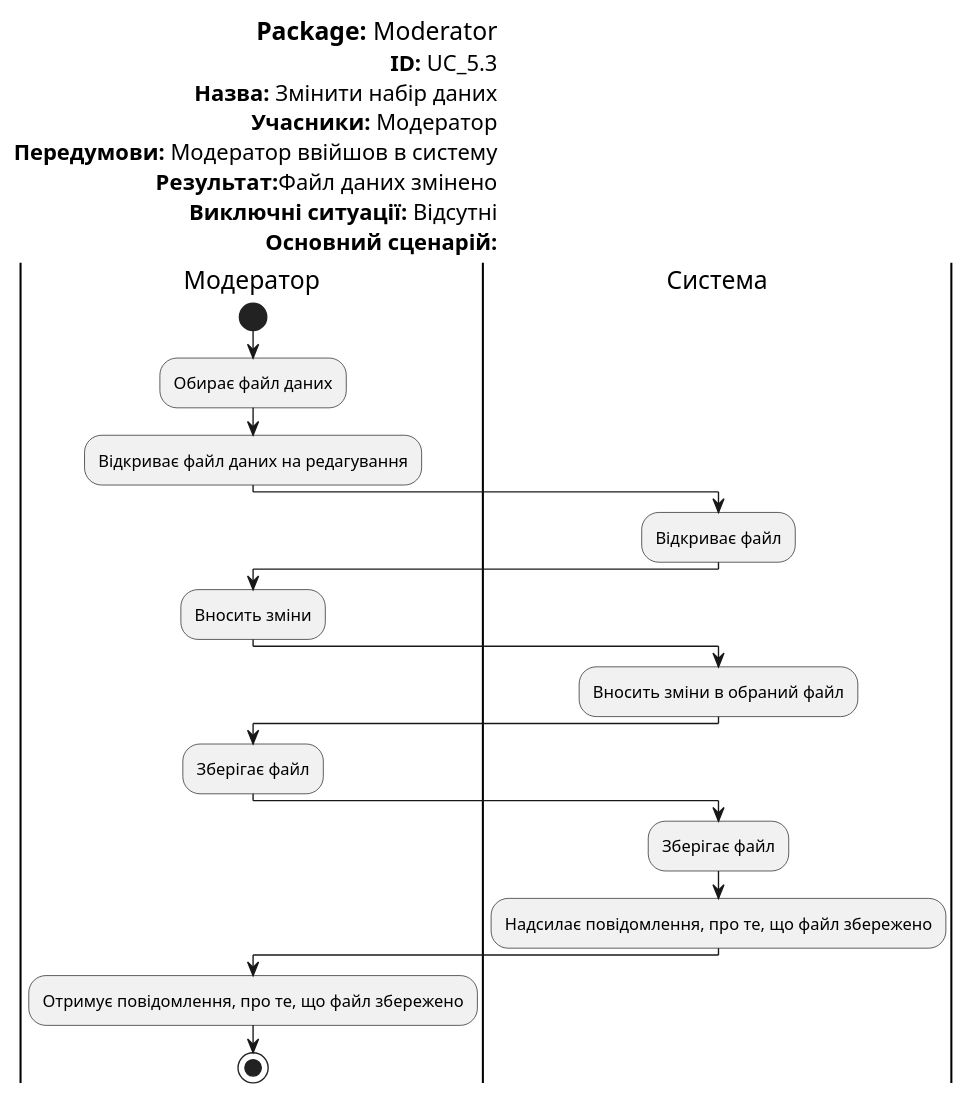
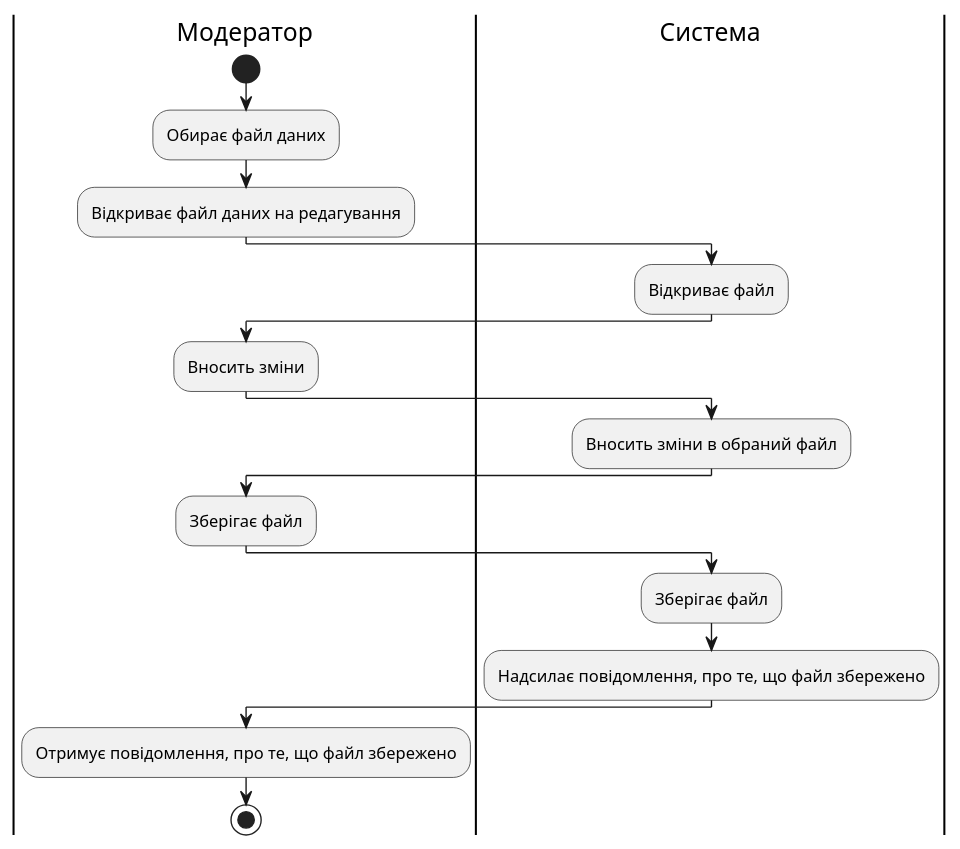
One commit to KarmazinN/db_open_data changed the diagram in src/uml/UC_5.3.puml. Above: the diagram before and after it, drawn with PlantUML.

```diff
--- a/src/uml/UC_5.3.puml
+++ b/src/uml/UC_5.3.puml
@@ -1,49 +1,40 @@
 @startuml EditAction
 
-left header
-<font color=000 size=18><b>Package:</b> Moderator
-<font color=000 size=16><b>ID:</b> UC_5.3
-<font color=000 size=16><b>Назва:</b> Змінити набір даних
-<font color=000 size=16><b>Учасники:</b> Модератор
-<font color=000 size=16><b>Передумови:</b> Модератор ввійшов в систему
-<font color=000 size=16><b>Результат:</b>Файл даних змінено
-<font color=000 size=16><b>Виключні ситуації:</b> Відсутні
-<font color=000 size=16><b>Основний сценарій:</b>
-end header
+
 
 skinparam	shadowing false
 skinparam Note {
 	BackgroundColor #f85658
 	FontColor #ffffff
 }
 
 
 
 |Модератор|
 start
 :Обирає файл даних;
 :Відкриває файл даних на редагування;
 
 |Система|
 :Відкриває файл;
 
 |Модератор|
 :Вносить зміни;
 
 |Система|
 :Вносить зміни в обраний файл;
 
 |Модератор|
 :Зберігає файл;
 
 |Система|
 :Зберігає файл;
 :Надсилає повідомлення, про те, що файл збережено;
 
 |Модератор|
 :Отримує повідомлення, про те, що файл збережено;
 
 
 
 stop;
 @enduml
```
